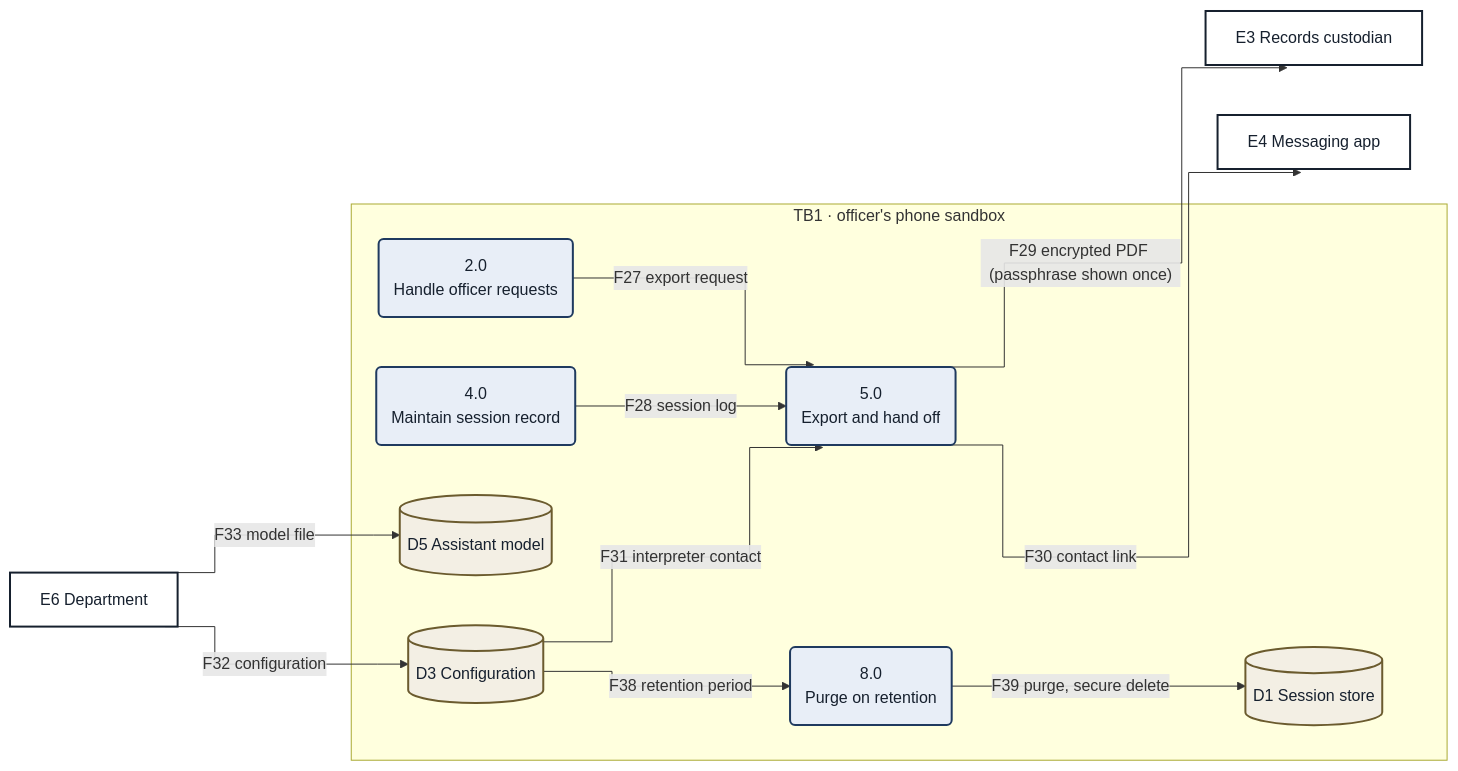
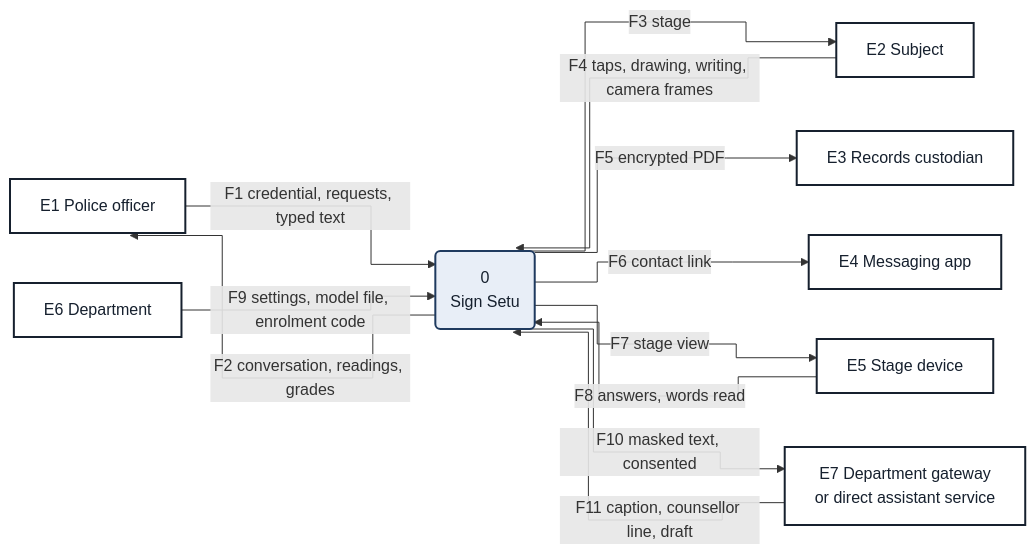
One commit to Yash-Awasthi/sign-setu changed the second of 3 diagrams in docs/README.md. Above: the diagram before and after it, drawn with Mermaid. The commit also changed other lines of this file and 1443 other files, not shown here.

````diff
--- a/docs/README.md
+++ b/docs/README.md
@@ -221,28 +110,25 @@
 ```mermaid
 %%{init: {"flowchart": {"curve": "step"}}}%%
 flowchart LR
- subgraph STB1["TB1 · officer's phone sandbox"]
- P2("2.0<br/>Handle officer requests"):::proc
- P4("4.0<br/>Maintain session record"):::proc
- P5("5.0<br/>Export and hand off"):::proc
- D3[("D3 Configuration")]:::store
- D5[("D5 Assistant model")]:::store
- P8("8.0<br/>Purge on retention"):::proc
- D1[("D1 Session store")]:::store
- end
- E6["E6 Department"]:::ent
- E3["E3 Records custodian"]:::ent
- E4["E4 Messaging app"]:::ent
- P2 -- "F27 export request" --> P5
- P4 -- "F28 session log" --> P5
- D3 -- "F31 interpreter contact" --> P5
- P5 -- "F29 encrypted PDF (passphrase shown once)" --> E3
- P5 -- "F30 contact link" --> E4
- E6 -- "F33 model file" --> D5
- E6 -- "F32 configuration" --> D3
- D3 -- "F38 retention period" --> P8
- P8 -- "F39 purge, secure delete" --> D1
- classDef ent fill:#ffffff,stroke:#16202e,stroke-width:2px,color:#16202e
- classDef proc fill:#e8eef7,stroke:#1f3a5f,stroke-width:2px,color:#16202e
- classDef store fill:#f3efe4,stroke:#6b5b2e,stroke-width:2px,color:#16202e
+    E1["E1 Police officer"]:::ent
+    E2["E2 Subject"]:::ent
+    E3["E3 Records custodian"]:::ent
+    E4["E4 Messaging app"]:::ent
+    E5["E5 Stage device"]:::ent
+    E6["E6 Department"]:::ent
+    E7["E7 Department gateway<br/>or direct assistant service"]:::ent
+    P0("0<br/>Sign Setu"):::proc
+    E1 -- "F1 credential, requests, typed text" --> P0
+    P0 -- "F2 conversation, readings, grades" --> E1
+    P0 -- "F3 stage" --> E2
+    E2 -- "F4 taps, drawing, writing, camera frames" --> P0
+    P0 -- "F5 encrypted PDF" --> E3
+    P0 -- "F6 contact link" --> E4
+    P0 -- "F7 stage view" --> E5
+    E5 -- "F8 answers, words read" --> P0
+    E6 -- "F9 settings, model file, enrolment code" --> P0
+    P0 -- "F10 masked text, consented" --> E7
+    E7 -- "F11 caption, counsellor line, draft" --> P0
+    classDef ent fill:#ffffff,stroke:#16202e,stroke-width:2px,color:#16202e
+    classDef proc fill:#e8eef7,stroke:#1f3a5f,stroke-width:2px,color:#16202e
 ```
````
